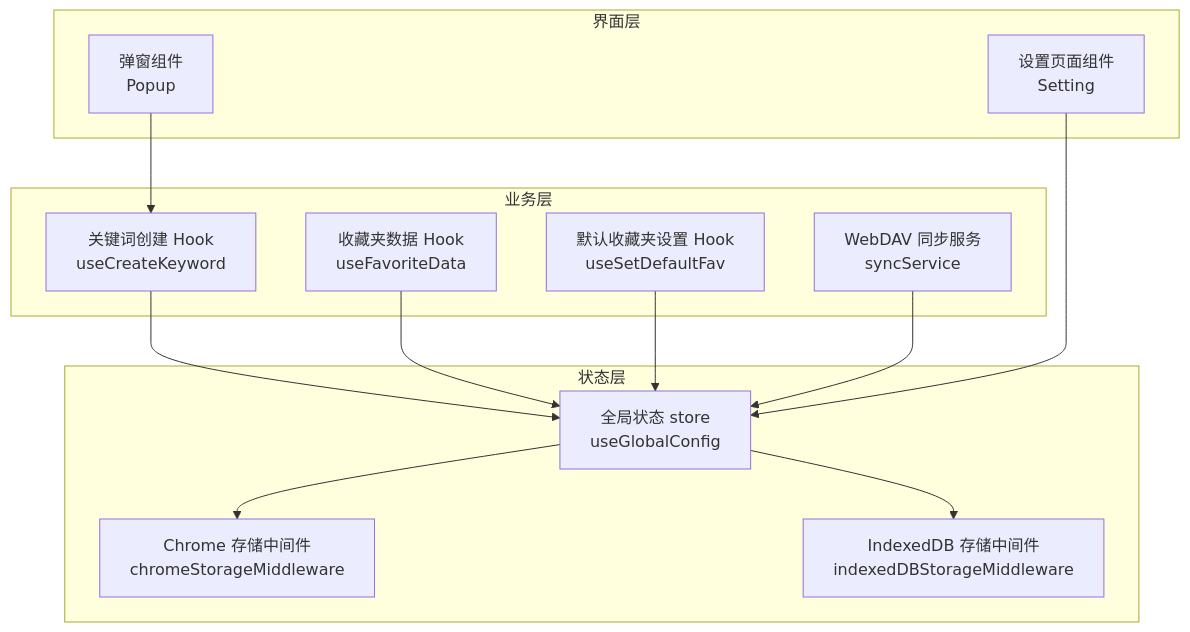
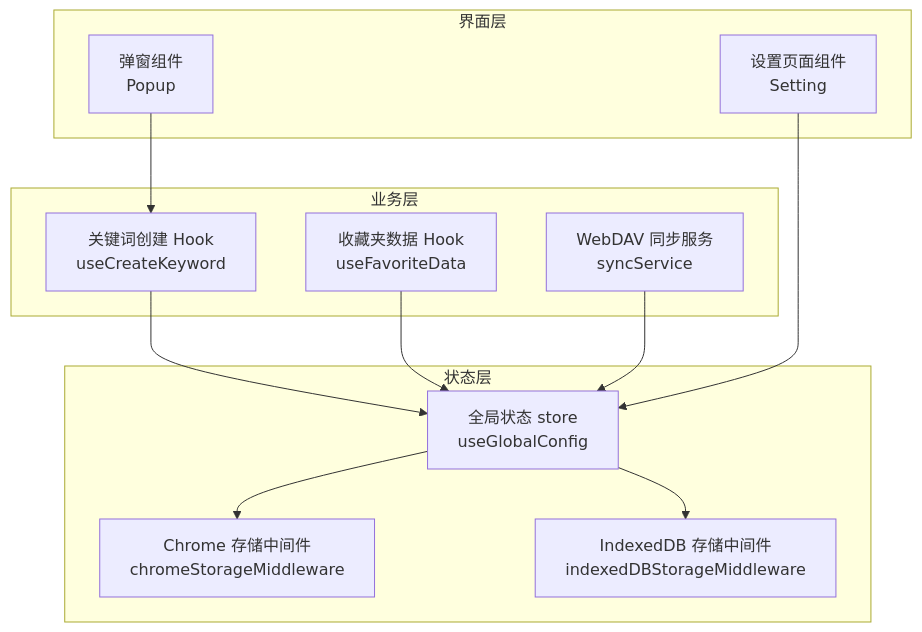
Before and after one commit to RadiumAg/bilibili-favorites: the first of 10 diagrams in .qoder/repowiki/zh/content/架构设计/状态管理设计.md, drawn with Mermaid. The commit also changed other lines of this file and 47 other files, not shown here.

````diff
--- a/.qoder/repowiki/zh/content/架构设计/状态管理设计.md
+++ b/.qoder/repowiki/zh/content/架构设计/状态管理设计.md
@@ -50,26 +50,24 @@
 ```mermaid
 graph TB
 subgraph "状态层"
 G["全局状态 store<br/>useGlobalConfig"]
 M1["Chrome 存储中间件<br/>chromeStorageMiddleware"]
 M2["IndexedDB 存储中间件<br/>indexedDBStorageMiddleware"]
 end
 subgraph "业务层"
 HK["关键词创建 Hook<br/>useCreateKeyword"]
 HF["收藏夹数据 Hook<br/>useFavoriteData"]
-HD["默认收藏夹设置 Hook<br/>useSetDefaultFav"]
 WS["WebDAV 同步服务<br/>syncService"]
 end
 subgraph "界面层"
 OP["弹窗组件<br/>Popup"]
 ST["设置页面组件<br/>Setting"]
 end
 G --> M1
 G --> M2
 HK --> G
 HF --> G
-HD --> G
 WS --> G
 OP --> HK
 ST --> G
 ```
````
